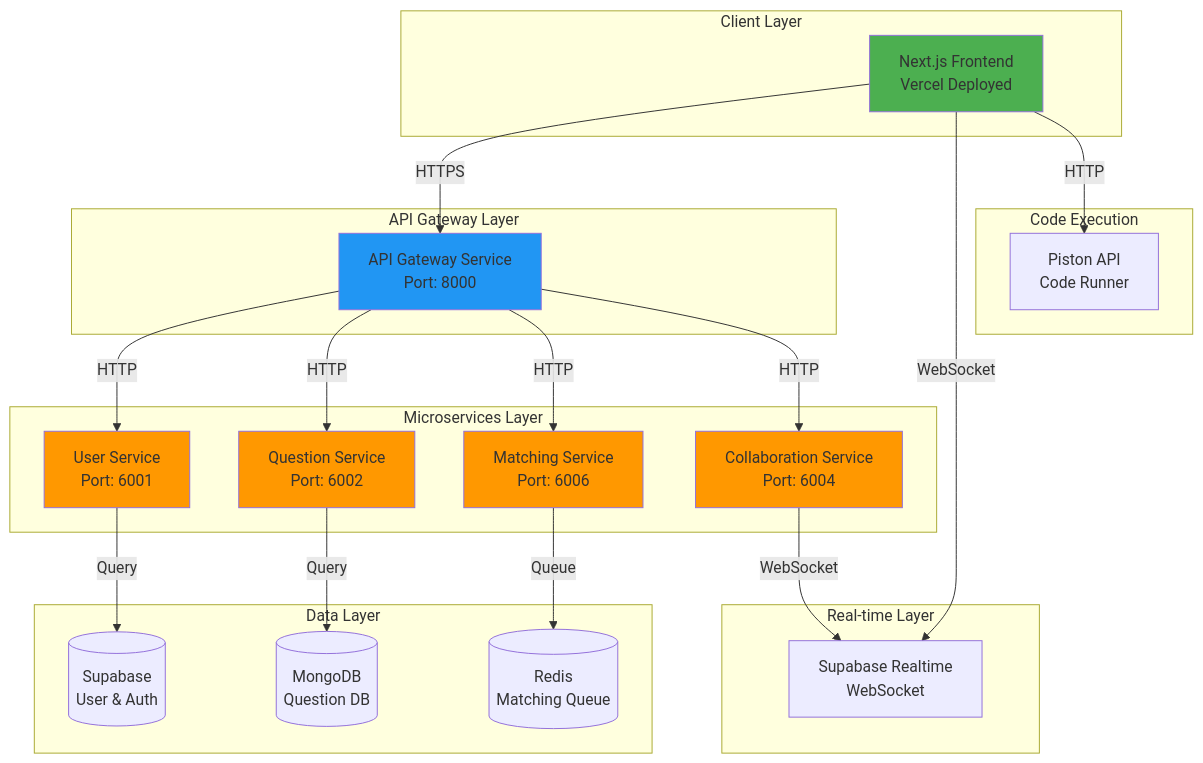
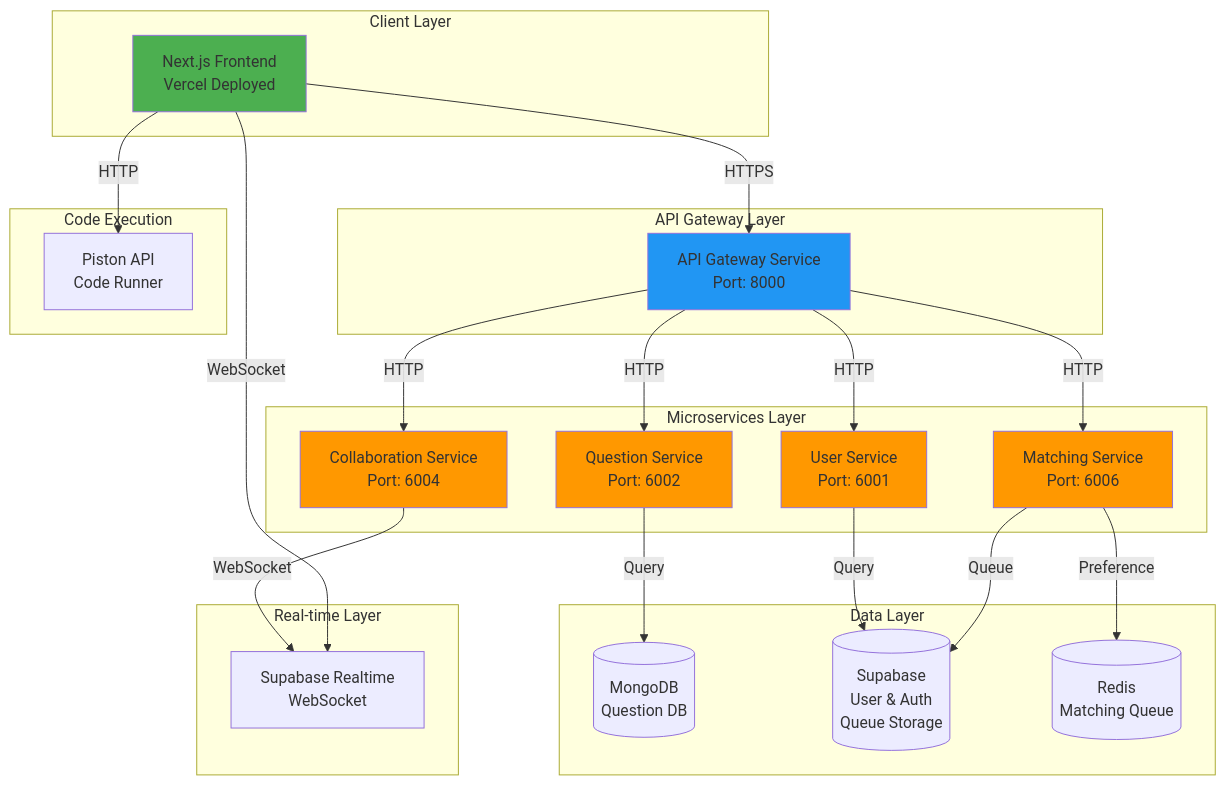
One commit to thony-ui/cs3219-ay2526s1-project-g22 changed the first of 13 diagrams in docs/architecture-diagrams.md. Above: the diagram before and after it, drawn with Mermaid. The commit also changed other lines of this file and 2 other files, not shown here.

Commit message:
PEERPREP-10: refactor: update architecture diagrams and remove unused match-related endpoints

````diff
--- a/docs/architecture-diagrams.md
+++ b/docs/architecture-diagrams.md
@@ -19,52 +19,53 @@
 ```mermaid
 graph TB
     subgraph "Client Layer"
         UI[Next.js Frontend<br/>Vercel Deployed]
     end
 
     subgraph "API Gateway Layer"
         Gateway[API Gateway Service<br/>Port: 8000]
     end
 
     subgraph "Microservices Layer"
         UserService[User Service<br/>Port: 6001]
         QuestionService[Question Service<br/>Port: 6002]
         MatchingService[Matching Service<br/>Port: 6006]
         CollabService[Collaboration Service<br/>Port: 6004]
     end
 
     subgraph "Data Layer"
         MongoDB[(MongoDB<br/>Question DB)]
-        Supabase[(Supabase<br/>User & Auth)]
+        Supabase[(Supabase<br/>User & Auth<br/>Queue Storage)]
         Redis[(Redis<br/>Matching Queue)]
     end
 
     subgraph "Real-time Layer"
         SupabaseRT[Supabase Realtime<br/>WebSocket]
     end
 
     subgraph "Code Execution"
         Piston[Piston API<br/>Code Runner]
     end
 
     UI -->|HTTPS| Gateway
     Gateway -->|HTTP| UserService
     Gateway -->|HTTP| QuestionService
     Gateway -->|HTTP| MatchingService
     Gateway -->|HTTP| CollabService
 
     UserService -->|Query| Supabase
     QuestionService -->|Query| MongoDB
-    MatchingService -->|Queue| Redis
+    MatchingService -->|Preference| Redis
+    MatchingService -->|Queue| Supabase
     CollabService -->|WebSocket| SupabaseRT
 
     UI -->|WebSocket| SupabaseRT
     UI -->|HTTP| Piston
 
     style UI fill:#4CAF50
     style Gateway fill:#2196F3
     style UserService fill:#FF9800
     style QuestionService fill:#FF9800
     style MatchingService fill:#FF9800
     style CollabService fill:#FF9800
 ```
````
